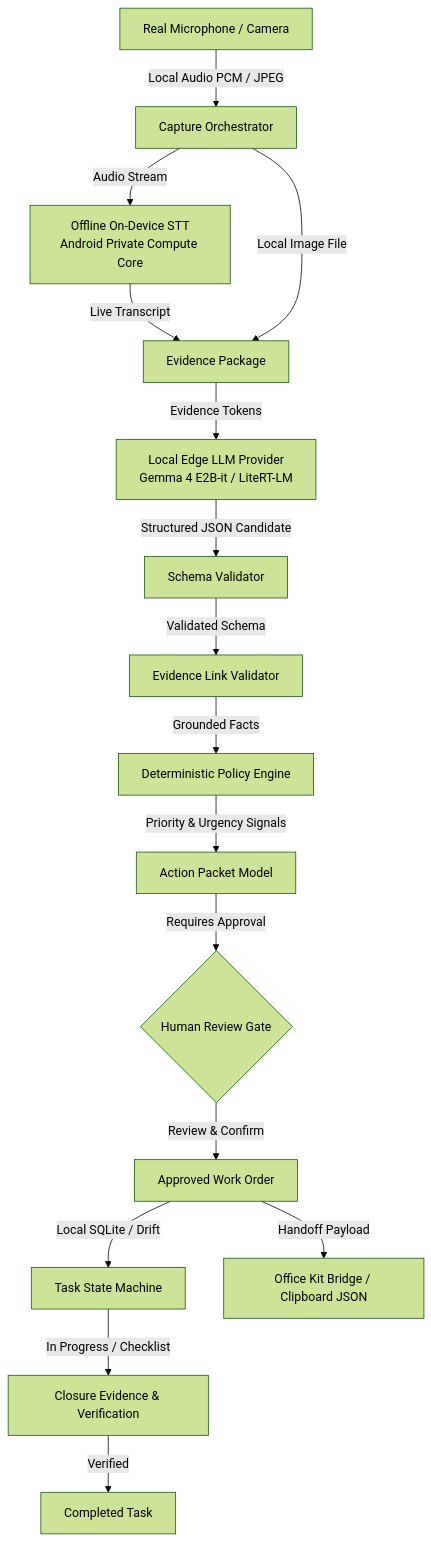
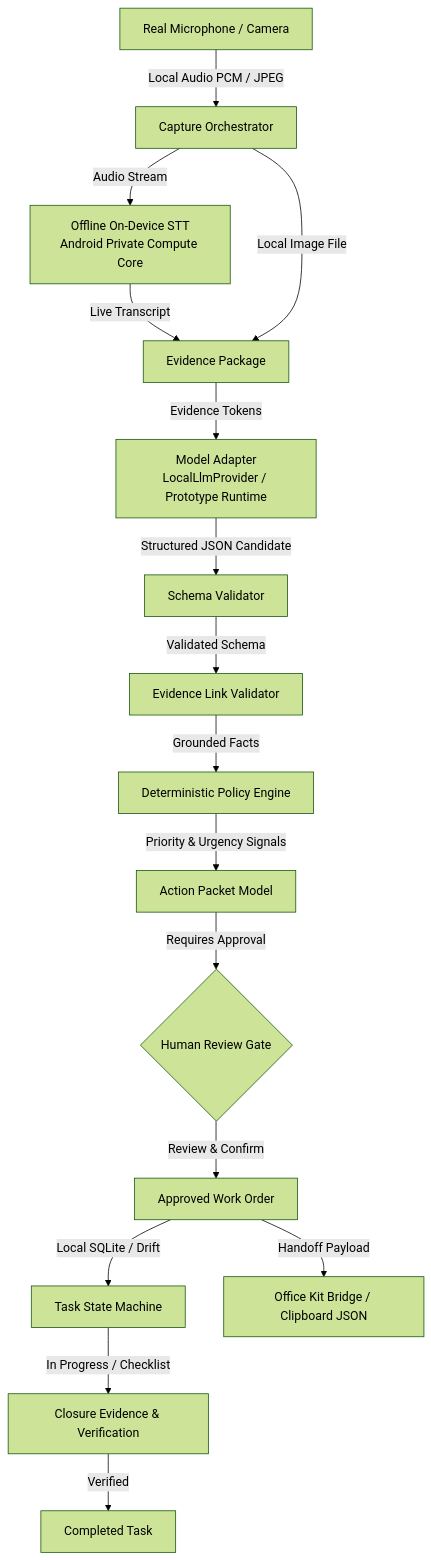
Before and after one commit to abdul05kh/ECHO-Evidence-to-Action: the diagram in README.md, drawn with Mermaid (forest theme). The commit also changed other lines of this file and 2 other files, not shown here.

Commit message:
docs(release): publish verified Android release and runtime status

````diff
--- a/README.md
+++ b/README.md
@@ -38,18 +58,18 @@
 ```mermaid
 graph TD
     A[Real Microphone / Camera] -->|Local Audio PCM / JPEG| B[Capture Orchestrator]
     B -->|Audio Stream| C[Offline On-Device STT<br/>Android Private Compute Core]
     C -->|Live Transcript| D[Evidence Package]
     B -->|Local Image File| D
-    D -->|Evidence Tokens| E[Local Edge LLM Provider<br/>Gemma 4 E2B-it / LiteRT-LM]
+    D -->|Evidence Tokens| E[Model Adapter<br/>LocalLlmProvider / Prototype Runtime]
     E -->|Structured JSON Candidate| F[Schema Validator]
     F -->|Validated Schema| G[Evidence Link Validator]
     G -->|Grounded Facts| H[Deterministic Policy Engine]
     H -->|Priority & Urgency Signals| I[Action Packet Model]
     I -->|Requires Approval| J{Human Review Gate}
     J -->|Review & Confirm| K[Approved Work Order]
     K -->|Local SQLite / Drift| L[Task State Machine]
     L -->|In Progress / Checklist| M[Closure Evidence & Verification]
     M -->|Verified| N[Completed Task]
     K -->|Handoff Payload| O[Office Kit Bridge / Clipboard JSON]
 ```
````
